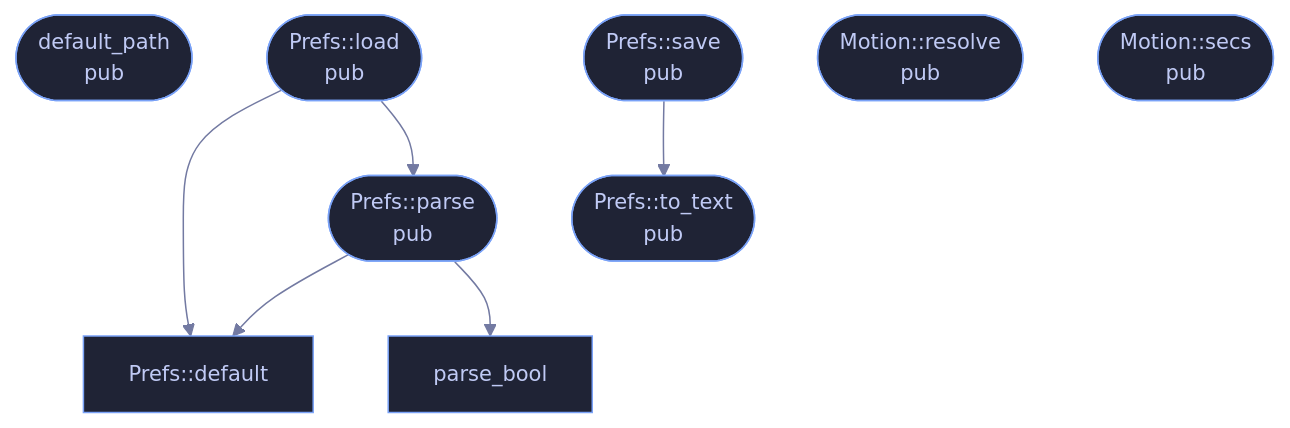
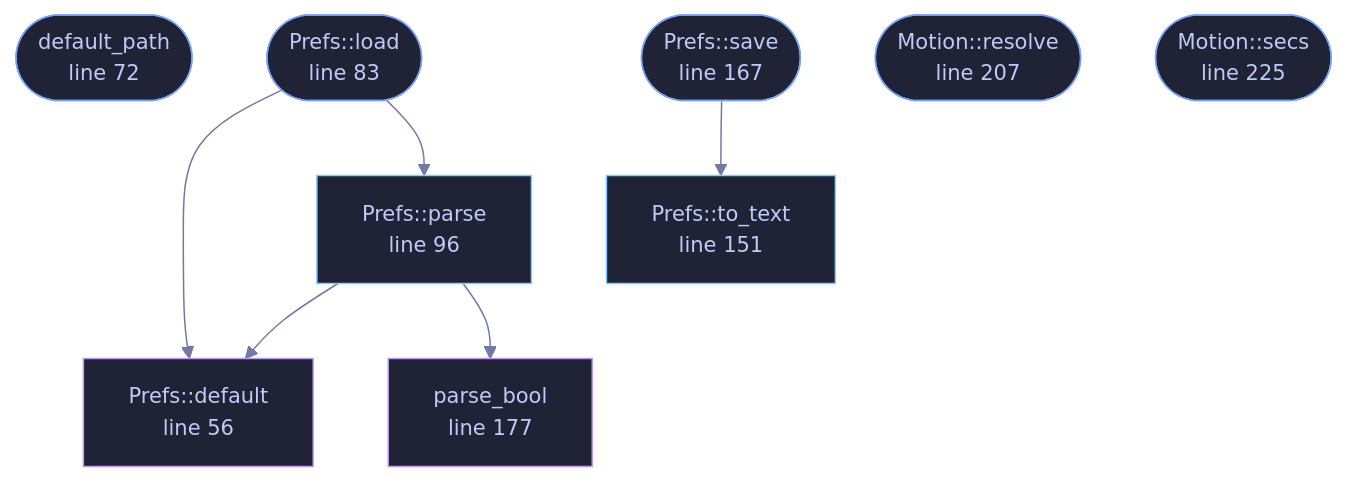
Before and after one commit to tilas01/veilvoice: the diagram in docs/files/veilvoice-gui/prefs.md, drawn with Mermaid. The commit also changed other lines of this file and 182 other files, not shown here.

````diff
--- a/docs/files/veilvoice-gui/prefs.md
+++ b/docs/files/veilvoice-gui/prefs.md
@@ -67,18 +89,24 @@
 ```mermaid
 %%{init: {"theme":"base","themeVariables":{"background":"#1a1b26","primaryColor":"#1f2335","primaryTextColor":"#c0caf5","primaryBorderColor":"#7aa2f7","secondaryColor":"#16161e","tertiaryColor":"#16161e","lineColor":"#737aa2","textColor":"#c0caf5","mainBkg":"#1f2335","nodeBorder":"#7aa2f7","clusterBkg":"#16161e","clusterBorder":"#2f3549","fontFamily":"ui-monospace, SFMono-Regular, Consolas, monospace","fontSize":"14px"}}}%%
 flowchart TD
-    n_default["Prefs::default"]
-    n_default_path(["default_path<br/>pub"])
-    n_load(["Prefs::load<br/>pub"])
-    n_parse(["Prefs::parse<br/>pub"])
-    n_to_text(["Prefs::to_text<br/>pub"])
-    n_save(["Prefs::save<br/>pub"])
-    n_parse_bool["parse_bool"]
-    n_resolve(["Motion::resolve<br/>pub"])
-    n_secs(["Motion::secs<br/>pub"])
+    n_default["Prefs::default<br/>line 56"]
+    n_default_path(["default_path<br/>line 72"])
+    n_load(["Prefs::load<br/>line 83"])
+    n_parse["Prefs::parse<br/>line 96"]
+    n_to_text["Prefs::to_text<br/>line 151"]
+    n_save(["Prefs::save<br/>line 167"])
+    n_parse_bool["parse_bool<br/>line 177"]
+    n_resolve(["Motion::resolve<br/>line 207"])
+    n_secs(["Motion::secs<br/>line 225"])
     n_load --> n_default
     n_load --> n_parse
     n_parse --> n_default
     n_parse --> n_parse_bool
     n_save --> n_to_text
+    classDef entry fill:#1f2335,stroke:#7aa2f7,color:#c0caf5
+    class n_default_path,n_load,n_save,n_resolve,n_secs entry
+    classDef api fill:#1f2335,stroke:#7dcfff,color:#c0caf5
+    class n_parse,n_to_text api
+    classDef helper fill:#1f2335,stroke:#bb9af7,color:#c0caf5
+    class n_default,n_parse_bool helper
 ```
````
